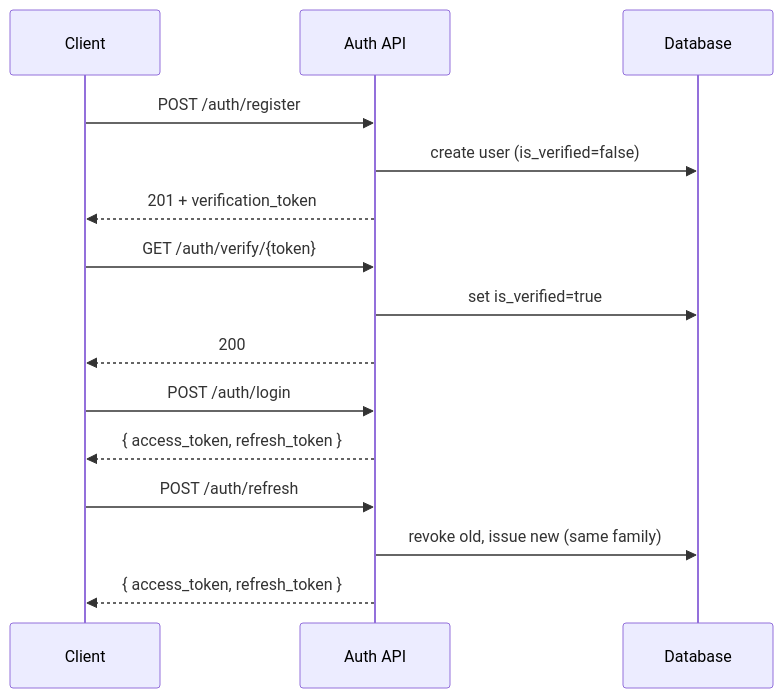
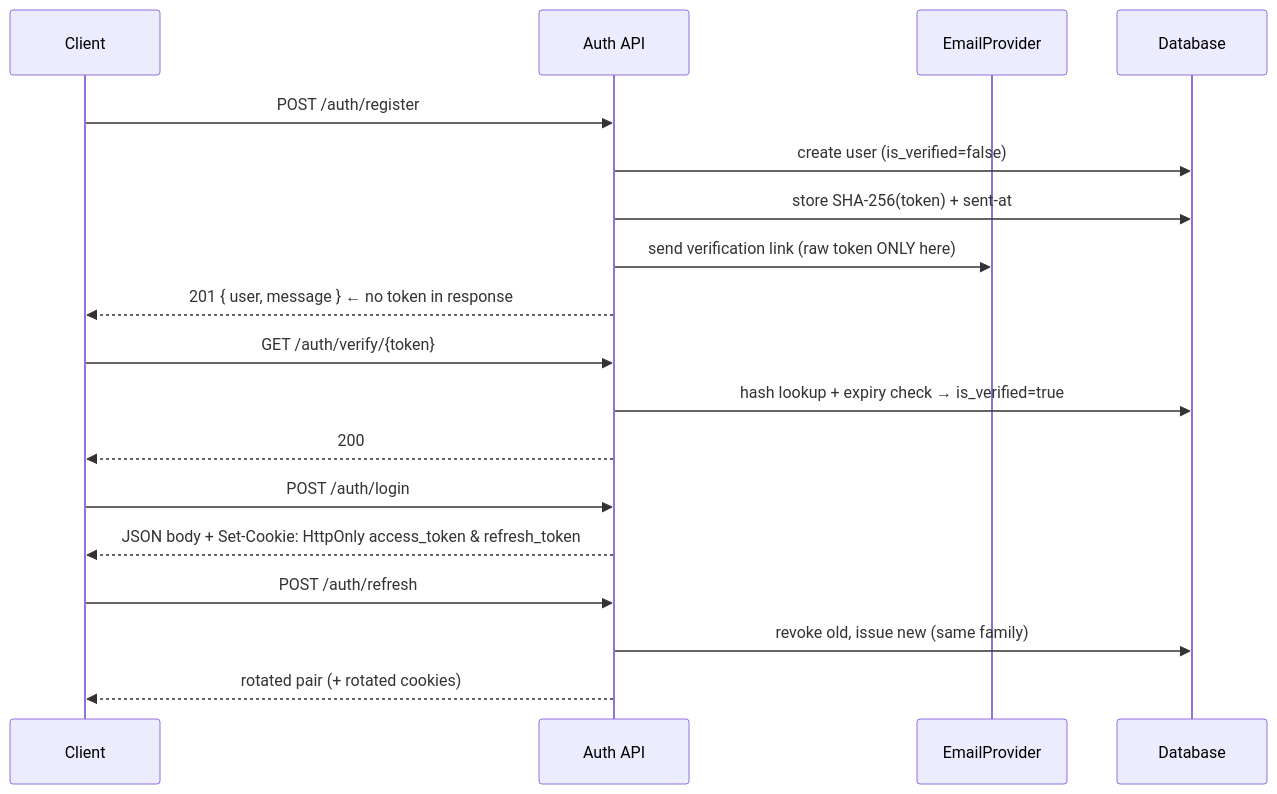
The diagram in README.md (721189/AetherLab), drawn with Mermaid before and after one commit. The commit also changed other lines of this file and 30 other files, not shown here.

Commit message:
Hardening: async Celery boundary, emailed verification tokens, HttpOnly cookie sessions, OpenAQ v3 adapters + canonical schema, real EPA AQI

````diff
--- a/README.md
+++ b/README.md
@@ -238,17 +238,20 @@
 ```mermaid
 sequenceDiagram
     participant C as Client
     participant A as Auth API
+    participant E as EmailProvider
     participant D as Database
     C->>A: POST /auth/register
     A->>D: create user (is_verified=false)
-    A-->>C: 201 + verification_token
+    A->>D: store SHA-256(token) + sent-at
+    A->>E: send verification link (raw token ONLY here)
+    A-->>C: 201 { user, message }  ← no token in response
     C->>A: GET /auth/verify/{token}
-    A->>D: set is_verified=true
+    A->>D: hash lookup + expiry check → is_verified=true
     A-->>C: 200
     C->>A: POST /auth/login
-    A-->>C: { access_token, refresh_token }
+    A-->>C: JSON body + Set-Cookie: HttpOnly access_token & refresh_token
     C->>A: POST /auth/refresh
     A->>D: revoke old, issue new (same family)
-    A-->>C: { access_token, refresh_token }
+    A-->>C: rotated pair (+ rotated cookies)
 ```
````
